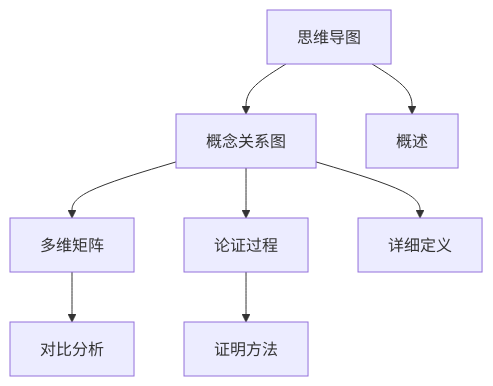
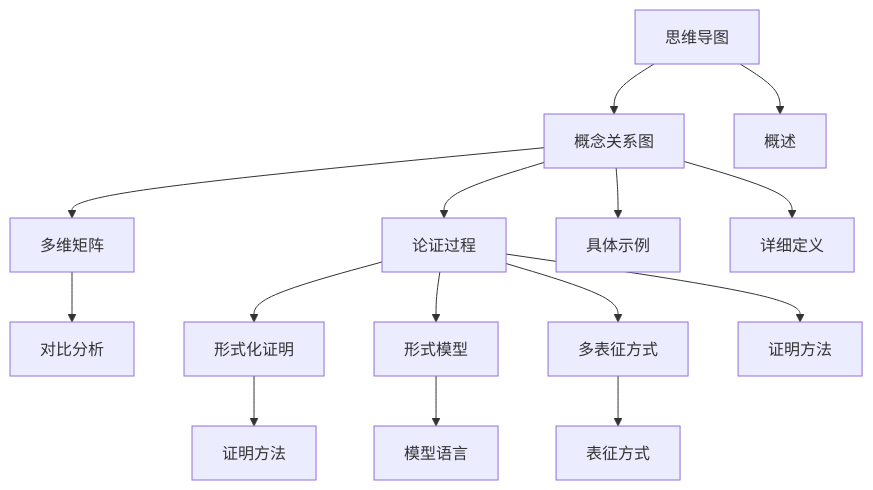
The diagram in view/diagrams/README.md (AdaMartin18010/DSL-SCHEMA-ProgramDesign-Transform), drawn with Mermaid before and after one commit. The commit also changed other lines of this file and 14 other files, not shown here.

````diff
--- a/view/diagrams/README.md
+++ b/view/diagrams/README.md
@@ -124,11 +129,19 @@
 ```mermaid
 graph TB
     MindMap[思维导图] --> Concept[概念关系图]
     Concept --> Matrix[多维矩阵]
     Concept --> Proof[论证过程]
+    Concept --> Examples[具体示例]
+
+    Proof --> FormalProofs[形式化证明]
+    Proof --> FormalModels[形式模型]
+    Proof --> MultiRep[多表征方式]
 
     MindMap --> Overview[概述]
     Concept --> Details[详细定义]
     Matrix --> Comparison[对比分析]
     Proof --> Methods[证明方法]
+    FormalProofs --> ProofMethods[证明方法]
+    FormalModels --> ModelLang[模型语言]
+    MultiRep --> Representations[表征方式]
 ```
````
